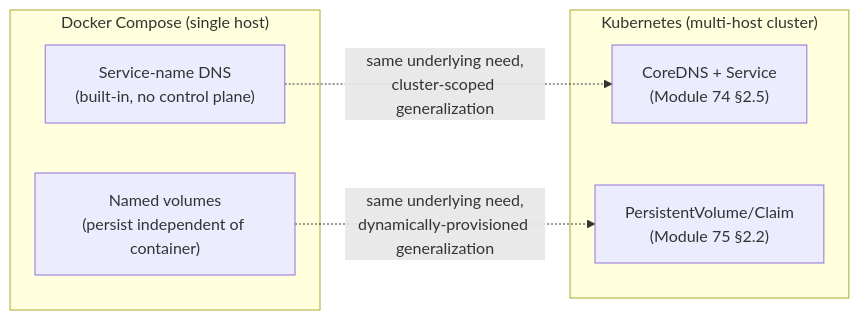
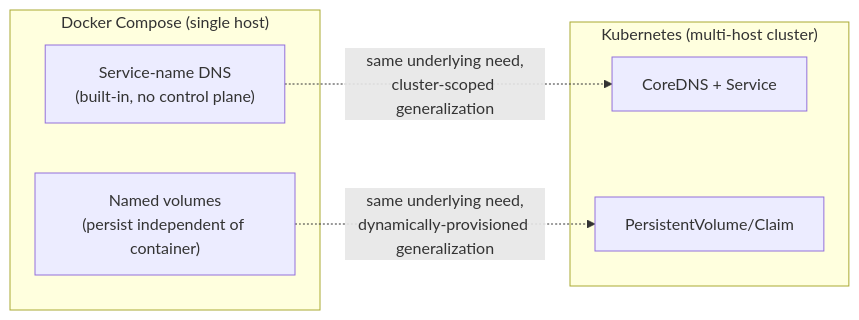
Before and after one commit to umashankarp/InterviewQuestions: the second of 4 diagrams in 24-Docker/04-Compose-Networking-Volumes-ProductionPatterns.md, drawn with Mermaid. The commit also changed other lines of this file and 173 other files, not shown here.

````diff
--- a/24-Docker/04-Compose-Networking-Volumes-ProductionPatterns.md
+++ b/24-Docker/04-Compose-Networking-Volumes-ProductionPatterns.md
@@ -72,13 +72,13 @@
 ```mermaid
 graph LR
-    subgraph "Docker Compose (single host)"
-        CDNS["Service-name DNS<br/>(built-in, no control plane)"]
-        CVol["Named volumes<br/>(persist independent of container)"]
-    end
-    subgraph "Kubernetes (multi-host cluster)"
-        KDNS["CoreDNS + Service<br/>(Module 74 §2.5)"]
-        KVol["PersistentVolume/Claim<br/>(Module 75 §2.2)"]
-    end
-    CDNS -.->|"same underlying need,<br/>cluster-scoped generalization"| KDNS
-    CVol -.->|"same underlying need,<br/>dynamically-provisioned generalization"| KVol
+ subgraph "Docker Compose (single host)"
+ CDNS["Service-name DNS<br/>(built-in, no control plane)"]
+ CVol["Named volumes<br/>(persist independent of container)"]
+ end
+ subgraph "Kubernetes (multi-host cluster)"
+ KDNS["CoreDNS + Service<br/>"]
+ KVol["PersistentVolume/Claim<br/>"]
+ end
+ CDNS -.->|"same underlying need,<br/>cluster-scoped generalization"| KDNS
+ CVol -.->|"same underlying need,<br/>dynamically-provisioned generalization"| KVol
 ```
````
